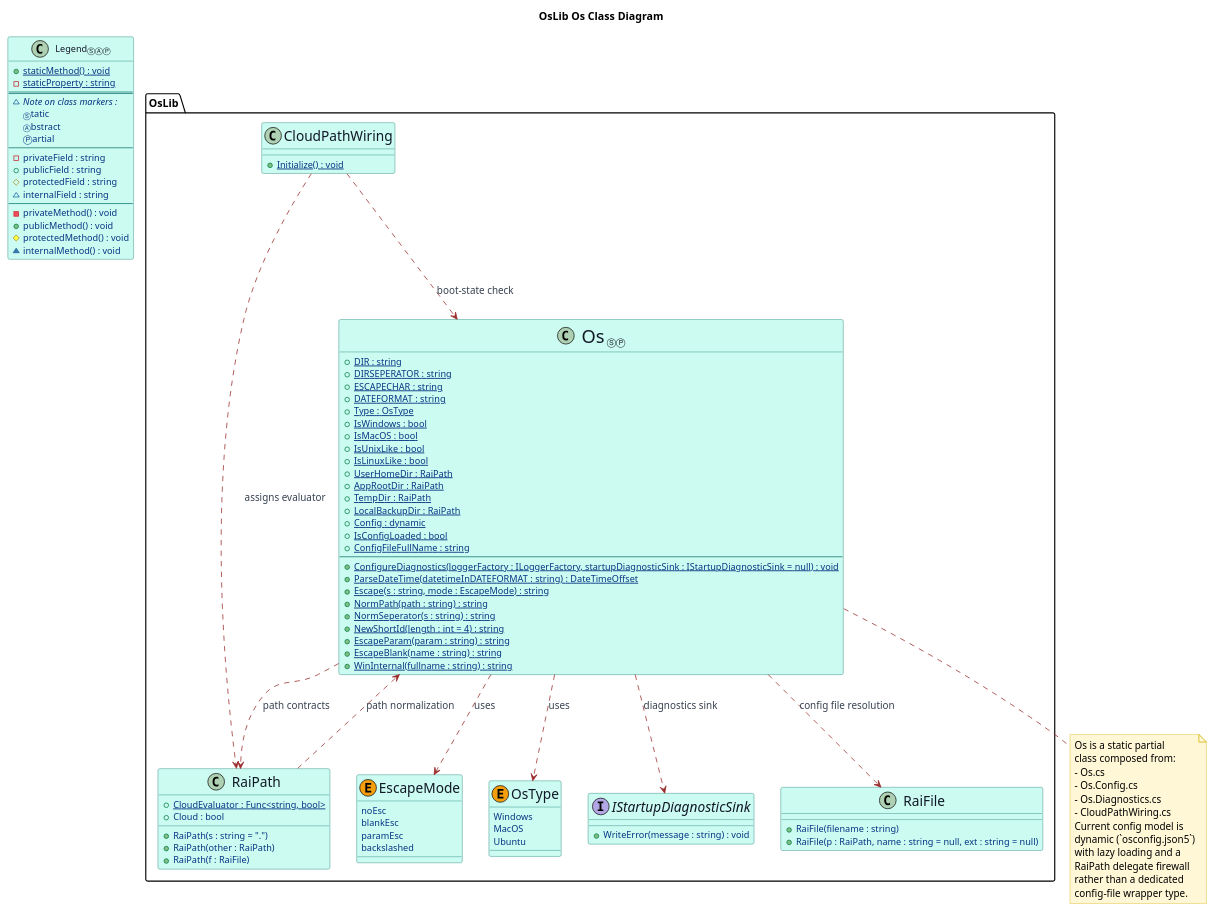
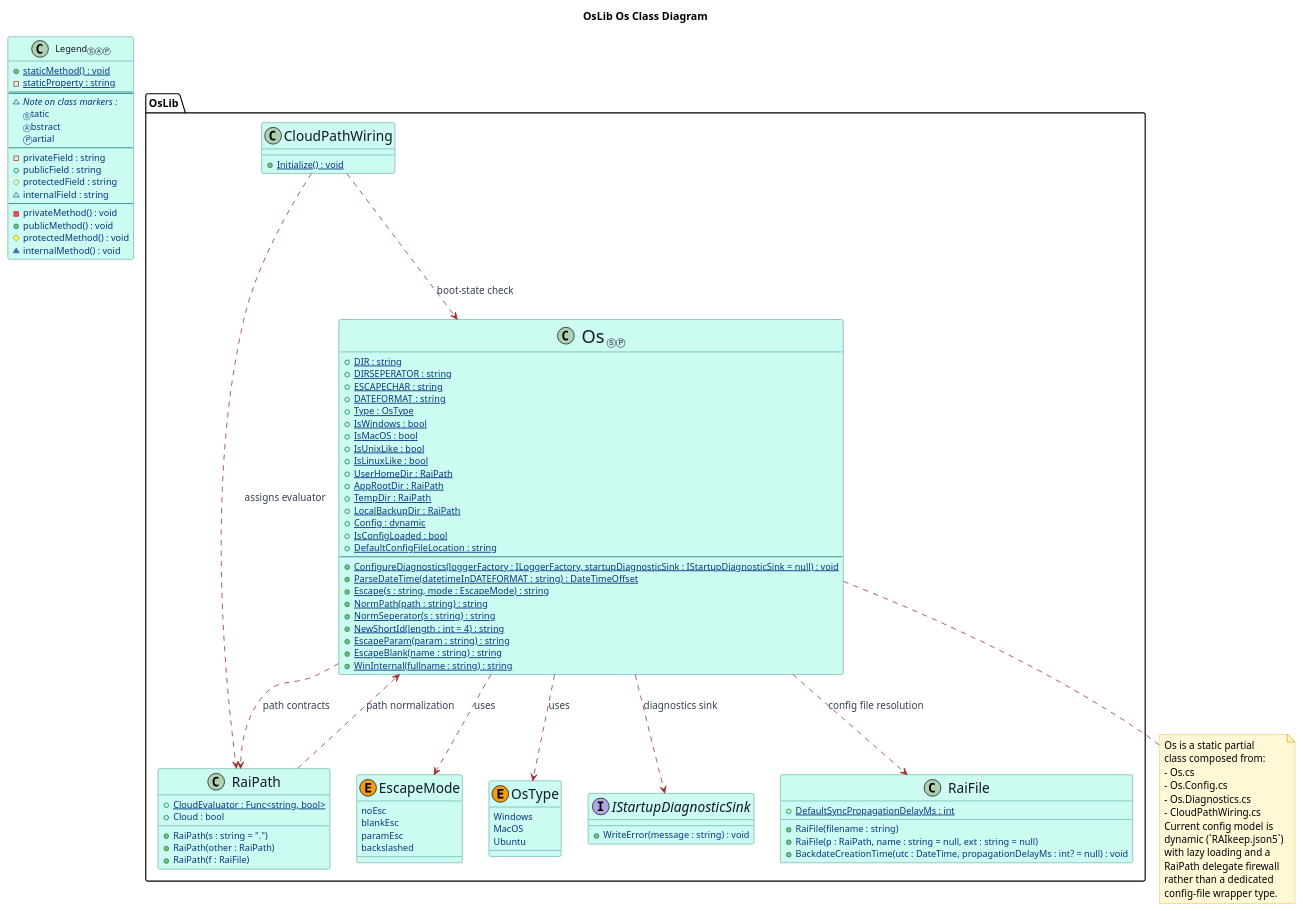
One commit to Burkhardt/OsLib changed the diagram in Os-ClassDiagram.puml. Above: the diagram before and after it, drawn with PlantUML. The commit also changed 8 other files, not shown here.

```diff
--- a/Os-ClassDiagram.puml
+++ b/Os-ClassDiagram.puml
@@ -1,144 +1,146 @@
 @startuml OsLib-Os-ClassDiagram
-' Release: 3.7.5
+' Release: 3.7.6
 
 title OsLib Os Class Diagram
 
 skinparam backgroundColor white
 skinparam shadowing false
 skinparam DiagramFontName "Casual"
 skinparam DiagramFontSize 36
 skinparam ClassFontName "Casual"
 skinparam ClassFontSize 36
 skinparam ClassAttributeIconSize 10
 skinparam ClassAttributeFontName Casual
 skinparam ClassAttributeFontColor #053583
 skinparam ClassAttributeFontWeight normal
 skinparam ClassAttributeFontSize 12
 skinparam ClassMethodFontName "Casual"
 skinparam ClassMethodFontSize 12
 skinparam ClassMethodFontWeight 500
 skinparam ClassAttributeFontStyle normal
 skinparam ClassBorderColor #0f766e
 skinparam ClassBackgroundColor #ccfbf1
 skinparam ClassFontColor #111827
 skinparam EnumBorderColor #b45309
 skinparam EnumBackgroundColor #fef3c7
 skinparam EnumFontColor #7c2d12
 skinparam NoteBackgroundColor #fff7d6
 skinparam NoteBorderColor #d4b106
 skinparam ArrowColor #9b2c2c
 skinparam ArrowFontColor #374151
 skinparam ArrowFontName "Casual"
 
 show circle
 
 package "OsLib" {
 	enum "<size:18>EscapeMode</size>" as EscapeMode << (E,#f59e0b) >> {
 		noEsc
 		blankEsc
 		paramEsc
 		backslashed
 	}
 
 	enum "<size:18>OsType</size>" as OsType << (E,#f59e0b) >> {
 		Windows
 		MacOS
 		Ubuntu
 	}
 
 	interface "<size:18>IStartupDiagnosticSink</size>" as IStartupDiagnosticSink {
 		+WriteError(message : string) : void
 	}
 
 	class "<size:18>CloudPathWiring</size>" as CloudPathWiring {
 		+{static} Initialize() : void
 	}
 
 	class "<size:18>RaiPath</size>" as RaiPath {
 		+{static} CloudEvaluator : Func<string, bool>
 		+Cloud : bool
 		+RaiPath(s : string = ".")
 		+RaiPath(other : RaiPath)
 		+RaiPath(f : RaiFile)
 	}
 
 	class "<size:18>RaiFile</size>" as RaiFile {
 		+RaiFile(filename : string)
 		+RaiFile(p : RaiPath, name : string = null, ext : string = null)
+		+{static} DefaultSyncPropagationDelayMs : int
+		+BackdateCreationTime(utc : DateTime, propagationDelayMs : int? = null) : void
 	}
 
 	class "<size:24>Os</size> ⓈⓅ" as Os {
 		+{static} DIR : string
 		+{static} DIRSEPERATOR : string
 		+{static} ESCAPECHAR : string
 		+{static} DATEFORMAT : string
 		+{static} Type : OsType
 		+{static} IsWindows : bool
 		+{static} IsMacOS : bool
 		+{static} IsUnixLike : bool
 		+{static} IsLinuxLike : bool
 		+{static} UserHomeDir : RaiPath
 		+{static} AppRootDir : RaiPath
 		+{static} TempDir : RaiPath
 		+{static} LocalBackupDir : RaiPath
 		+{static} Config : dynamic
 		+{static} IsConfigLoaded : bool
-		+{static} ConfigFileFullName : string
+		+{static} DefaultConfigFileLocation : string
 		--
 		+{static} ConfigureDiagnostics(loggerFactory : ILoggerFactory, startupDiagnosticSink : IStartupDiagnosticSink = null) : void
 		+{static} ParseDateTime(datetimeInDATEFORMAT : string) : DateTimeOffset
 		+{static} Escape(s : string, mode : EscapeMode) : string
 		+{static} NormPath(path : string) : string
 		+{static} NormSeperator(s : string) : string
 		+{static} NewShortId(length : int = 4) : string
 		+{static} EscapeParam(param : string) : string
 		+{static} EscapeBlank(name : string) : string
 		+{static} WinInternal(fullname : string) : string
 	}
 }
 
 Os ..> OsType : uses
 Os ..> EscapeMode : uses
 Os ..> RaiPath : path contracts
 Os ..> RaiFile : config file resolution
 Os ..> IStartupDiagnosticSink : diagnostics sink
 CloudPathWiring ..> Os : boot-state check
 CloudPathWiring ..> RaiPath : assigns evaluator
 RaiPath ..> Os : path normalization
 
 class "Legend<size:10>ⓈⒶⓅ</size>" as LegendSample {
 	+{static} staticMethod() : void
 	-{static} staticProperty : string
 	==
 	~<i>Note on class markers :</i>
 	<size:10>Ⓢ</size>tatic
 	<size:10>Ⓐ</size>bstract
 	Ⓟartial
 	--
 	- privateField : string
 	+ publicField : string
 	# protectedField : string
 	~ internalField : string
 	--
 	- privateMethod() : void
 	+ publicMethod() : void
 	# protectedMethod() : void
 	~ internalMethod() : void
 }
 
 note bottom of Os
 	Os is a static partial
 	class composed from:
 	- Os.cs
 	- Os.Config.cs
 	- Os.Diagnostics.cs
 	- CloudPathWiring.cs
 	Current config model is
-	dynamic (`osconfig.json5`)
+	dynamic (`RAIkeep.json5`)
 	with lazy loading and a
 	RaiPath delegate firewall
 	rather than a dedicated
 	config-file wrapper type.
 end note
 
 @enduml
```
